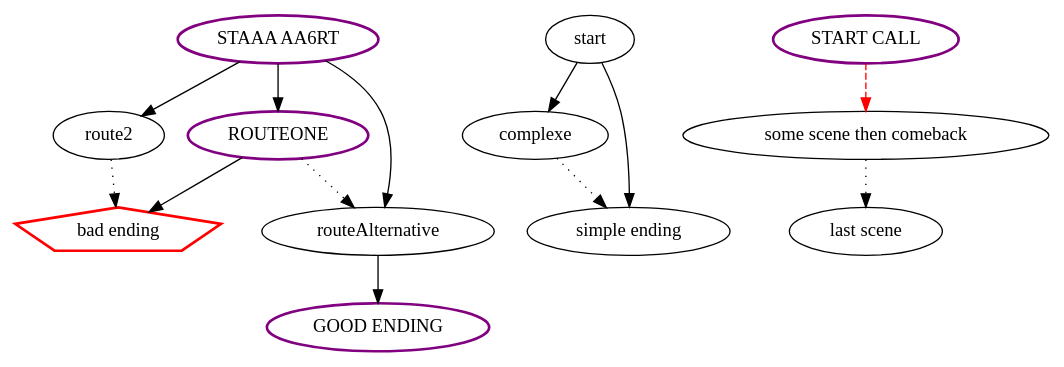
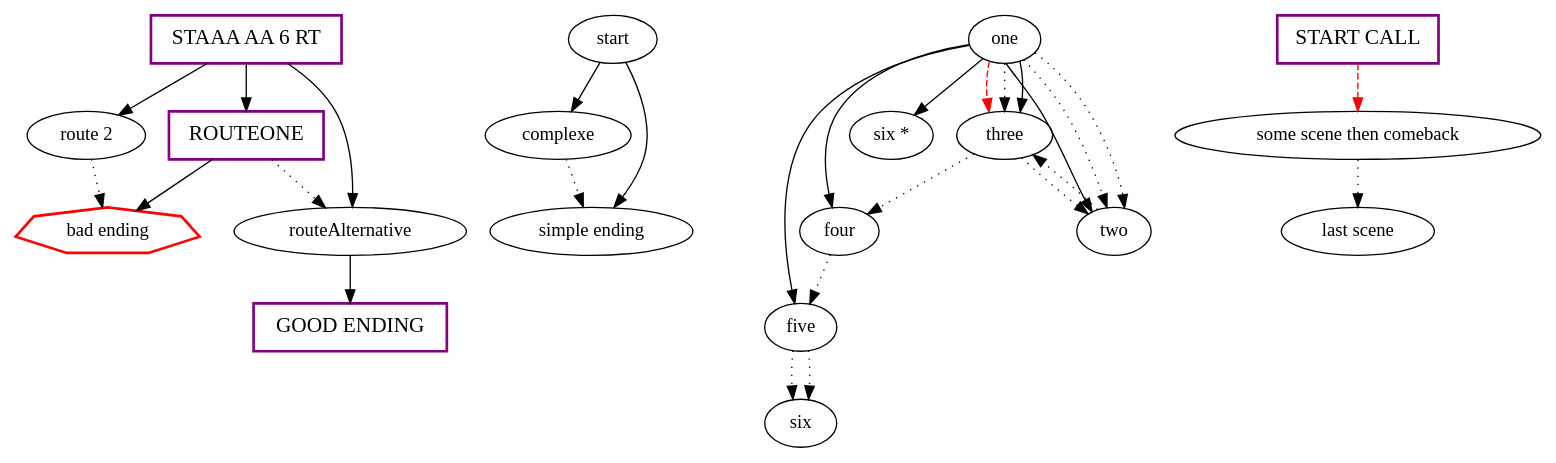
Before and after one commit to EwenQuim/renpy-graphviz: the diagram in renpy-graphviz.dot, drawn with Graphviz. The commit also changed 25 other files, not shown here.

```diff
--- a/renpy-graphviz.dot
+++ b/renpy-graphviz.dot
@@ -1,28 +1,50 @@
 digraph  {
 	
-	n5[color="red",label="bad ending",shape="pentagon",style="bold"];
-	n12[label="complexe"];
-	n7[color="purple",label="GOOD ENDING",style="bold"];
-	n3[label="last scene"];
-	n8[label="route2"];
-	n6[label="routeAlternative"];
-	n4[color="purple",label="ROUTEONE",style="bold"];
-	n11[label="simple ending"];
-	n2[label="some scene then comeback"];
-	n9[color="purple",label="STAAA AA6RT",style="bold"];
-	n10[label="start"];
-	n1[color="purple",label="START CALL",style="bold"];
-	n12->n11[style="dotted"];
-	n8->n5[style="dotted"];
-	n6->n7;
-	n4->n5;
-	n4->n6[style="dotted"];
+	n8[color="red",label="bad ending",shape="septagon",style="bold"];
+	n18[label="complexe"];
+	n14[label="five"];
+	n13[label="four"];
+	n10[color="purple",fontsize="16",label="GOOD ENDING",shape="rectangle",style="bold"];
+	n6[label="last scene"];
+	n1[label="one"];
+	n11[label="route 2"];
+	n9[label="routeAlternative"];
+	n7[color="purple",fontsize="16",label="ROUTEONE",shape="rectangle",style="bold"];
+	n17[label="simple ending"];
+	n15[label="six"];
+	n19[label="six *"];
+	n5[label="some scene then comeback"];
+	n12[color="purple",fontsize="16",label="STAAA AA 6 RT",shape="rectangle",style="bold"];
+	n16[label="start"];
+	n4[color="purple",fontsize="16",label="START CALL",shape="rectangle",style="bold"];
+	n2[label="three"];
+	n3[label="two"];
+	n18->n17[style="dotted"];
+	n14->n15[style="dotted"];
+	n14->n15[style="dotted"];
+	n13->n14[style="dotted"];
+	n1->n2[color="red",style="dashed"];
+	n1->n2[style="dotted"];
+	n1->n3;
+	n1->n2;
+	n1->n13;
+	n1->n14;
+	n1->n3[style="dotted"];
+	n1->n19;
+	n1->n3[style="dotted"];
+	n11->n8[style="dotted"];
+	n9->n10;
+	n7->n8;
+	n7->n9[style="dotted"];
+	n5->n6[style="dotted"];
+	n12->n7;
+	n12->n11;
+	n12->n9;
+	n16->n17;
+	n16->n18;
+	n4->n5[color="red",style="dashed"];
 	n2->n3[style="dotted"];
-	n9->n4;
-	n9->n8;
-	n9->n6;
-	n10->n11;
-	n10->n12;
-	n1->n2[color="red",style="dashed"];
+	n2->n13[style="dotted"];
+	n3->n2[style="dotted"];
 	
 }
```
